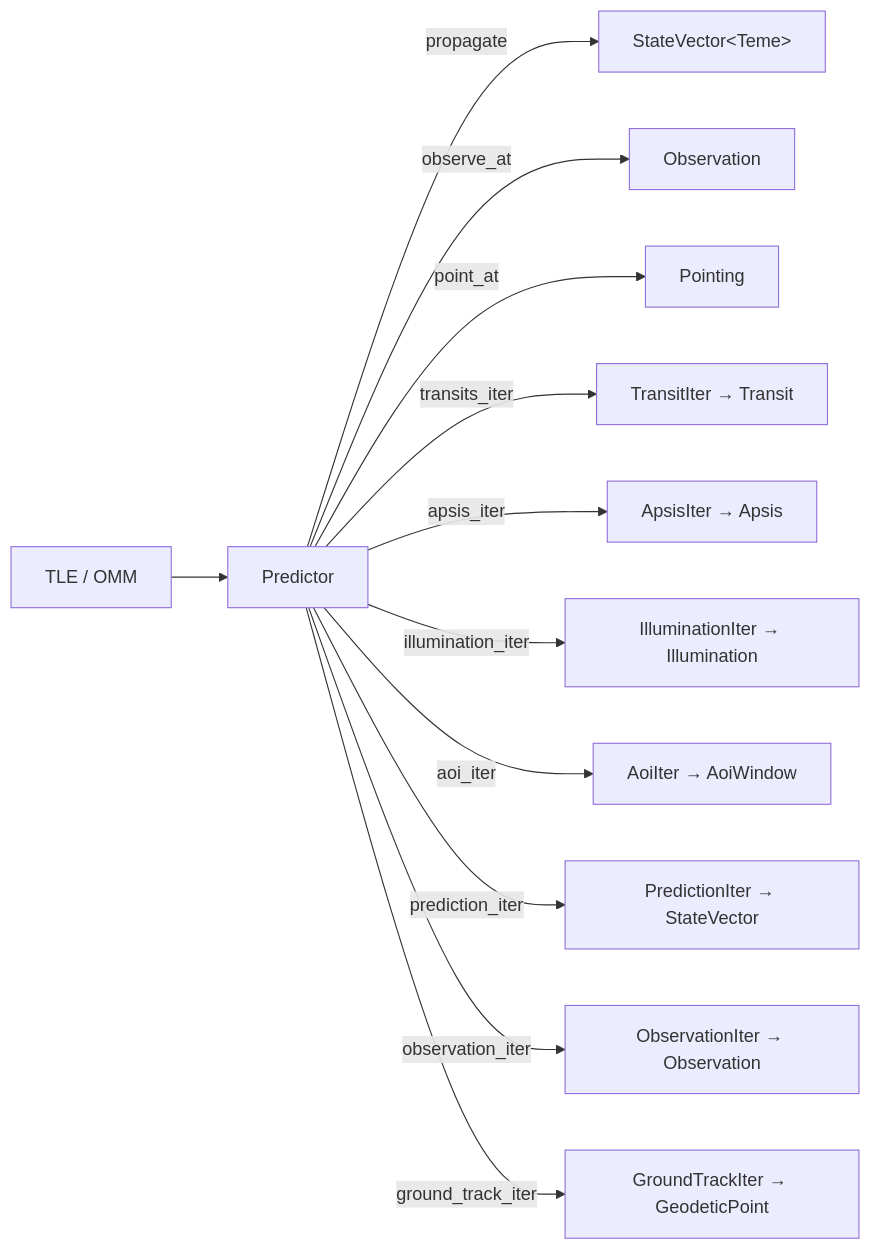
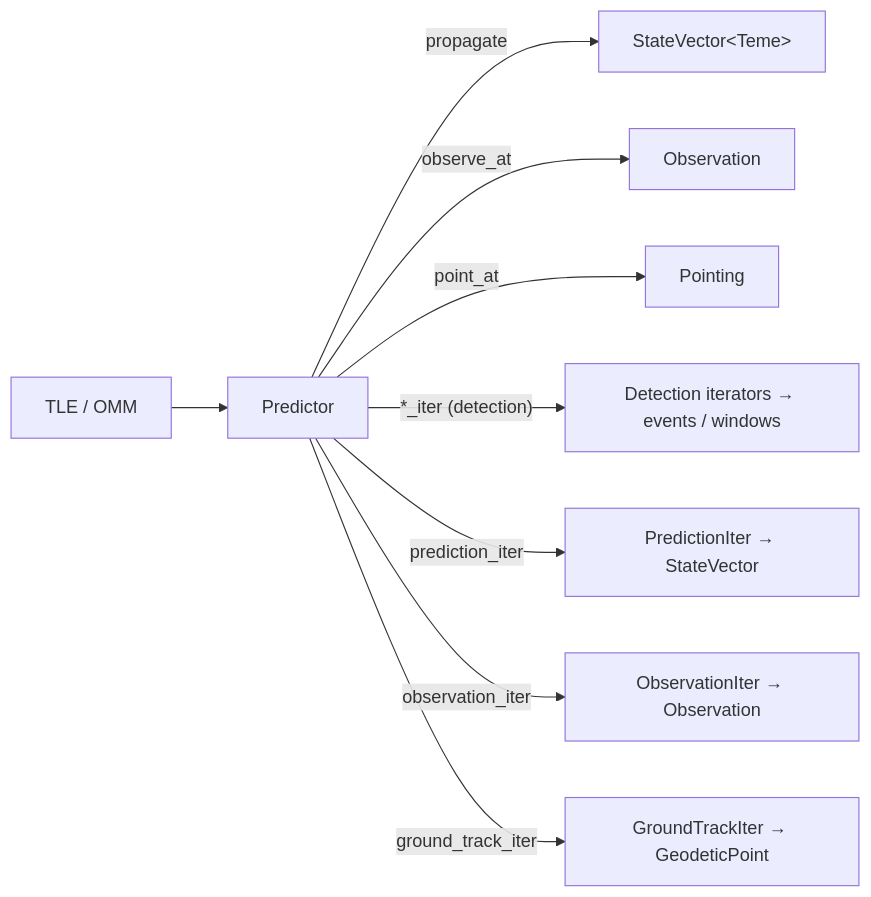
The second of 2 diagrams in docs/architecture.md (steg87/sgp4-predict), drawn with Mermaid before and after one commit. The commit also changed other lines of this file and 18 other files, not shown here.

````diff
--- a/docs/architecture.md
+++ b/docs/architecture.md
@@ -56,14 +54,11 @@
 ```mermaid
 flowchart LR
     TLE["TLE / OMM"] --> Predictor
     Predictor -->|propagate| SV["StateVector&lt;Teme&gt;"]
     Predictor -->|observe_at| Obs["Observation"]
     Predictor -->|point_at| Pt["Pointing"]
-    Predictor -->|transits_iter| TI["TransitIter → Transit"]
-    Predictor -->|apsis_iter| AI["ApsisIter → Apsis"]
-    Predictor -->|illumination_iter| II["IlluminationIter → Illumination"]
-    Predictor -->|aoi_iter| QI["AoiIter → AoiWindow"]
+    Predictor -->|"*_iter (detection)"| DI["Detection iterators → events / windows"]
     Predictor -->|prediction_iter| PI["PredictionIter → StateVector"]
     Predictor -->|observation_iter| OI["ObservationIter → Observation"]
     Predictor -->|ground_track_iter| GI["GroundTrackIter → GeodeticPoint"]
 ```
````
